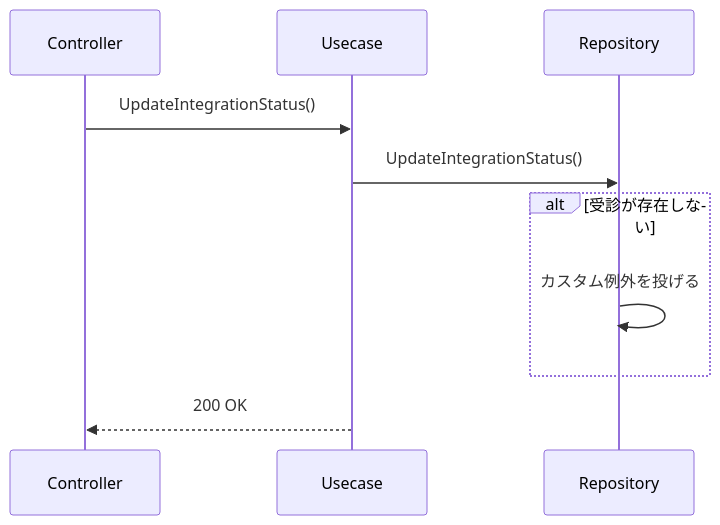
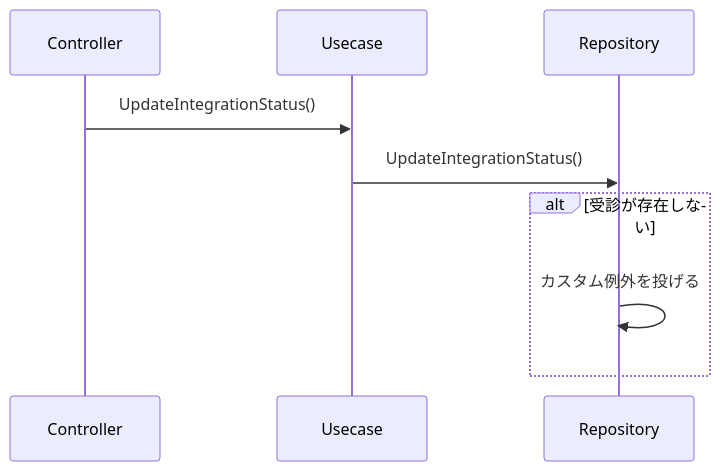
One commit to MrWangpeilin945/FlutterIOS changed diagram 20 of 33 in Documents/API設計書/src/docs/5_ユースケース.adoc. Above: the diagram before and after it, drawn with Mermaid. The commit also changed other lines of this file, not shown here.

```diff
--- a/Documents/API設計書/src/docs/5_ユースケース.adoc
+++ b/Documents/API設計書/src/docs/5_ユースケース.adoc
@@ -336,14 +333,14 @@
 [mermaid,UpdateIntegrationStatus-u-seq,png]
 ----
 sequenceDiagram
   participant con as Controller
   participant uc as Usecase
   participant repo as Repository
 
   con->>uc: UpdateIntegrationStatus()
   uc->>repo: UpdateIntegrationStatus()
   alt 受診が存在しない
     repo->>repo: カスタム例外を投げる
   end
-  uc-->>con: 200 OK
+
 ----
```
